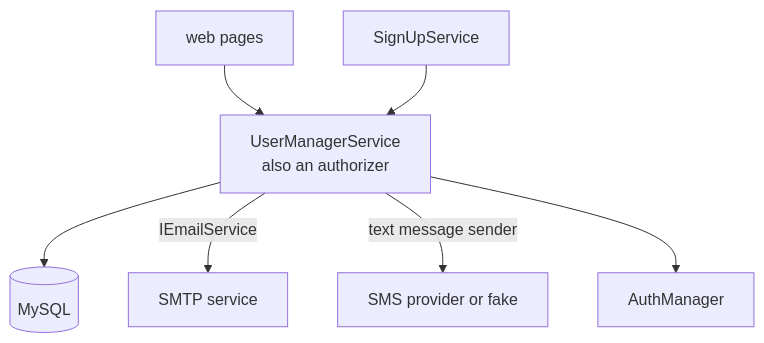
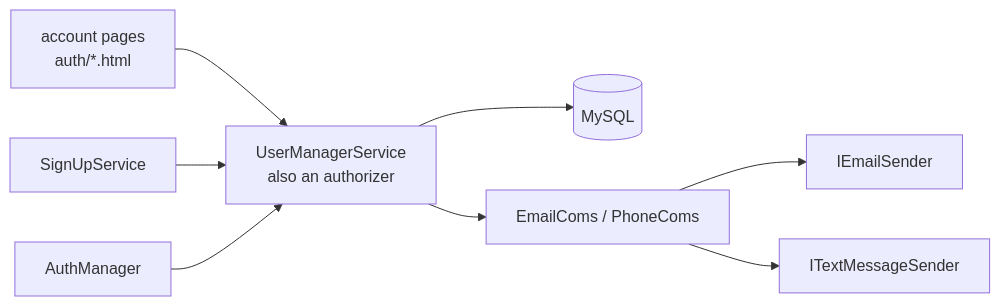
One commit to dosh1974/SysWeaver changed the diagram in SysWeaver.MicroService.UserManager/README.md. Above: the diagram before and after it, drawn with Mermaid. The commit also changed other lines of this file and 532 other files, not shown here.

````diff
--- a/SysWeaver.MicroService.UserManager/README.md
+++ b/SysWeaver.MicroService.UserManager/README.md
@@ -18,9 +18,10 @@
 ```mermaid
-flowchart TB
-  UI["web pages"] --> UMS["UserManagerService<br/>also an authorizer"]
+flowchart LR
+  UI["account pages<br/>auth/*.html"] --> UMS["UserManagerService<br/>also an authorizer"]
+  Sign["SignUpService"] --> UMS
   UMS --> DB[("MySQL")]
-  UMS -->|IEmailService| Mail["SMTP service"]
-  UMS -->|text message sender| Sms["SMS provider or fake"]
-  UMS --> AM["AuthManager"]
-  Sign["SignUpService"] --> UMS
+  UMS --> Coms["EmailComs / PhoneComs"]
+  Coms --> Mail["IEmailSender"]
+  Coms --> Sms["ITextMessageSender"]
+  AM["AuthManager"] --> UMS
 ```
````
